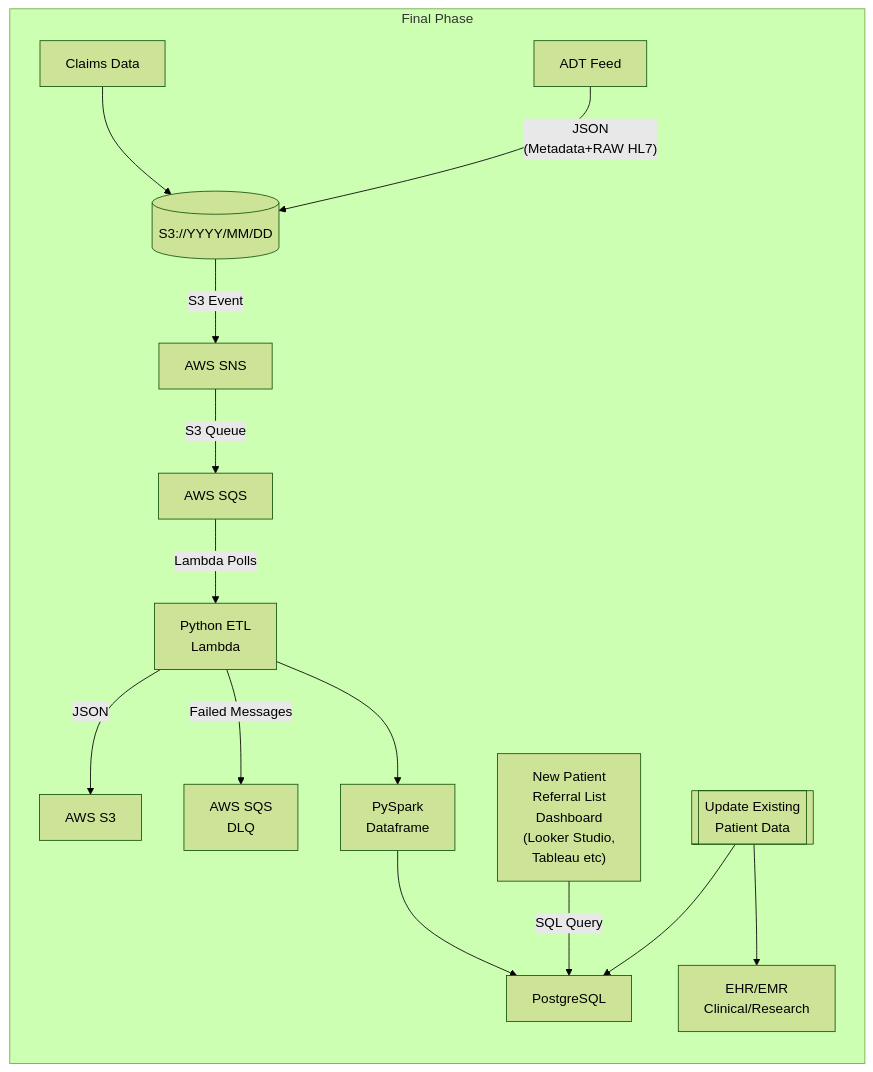
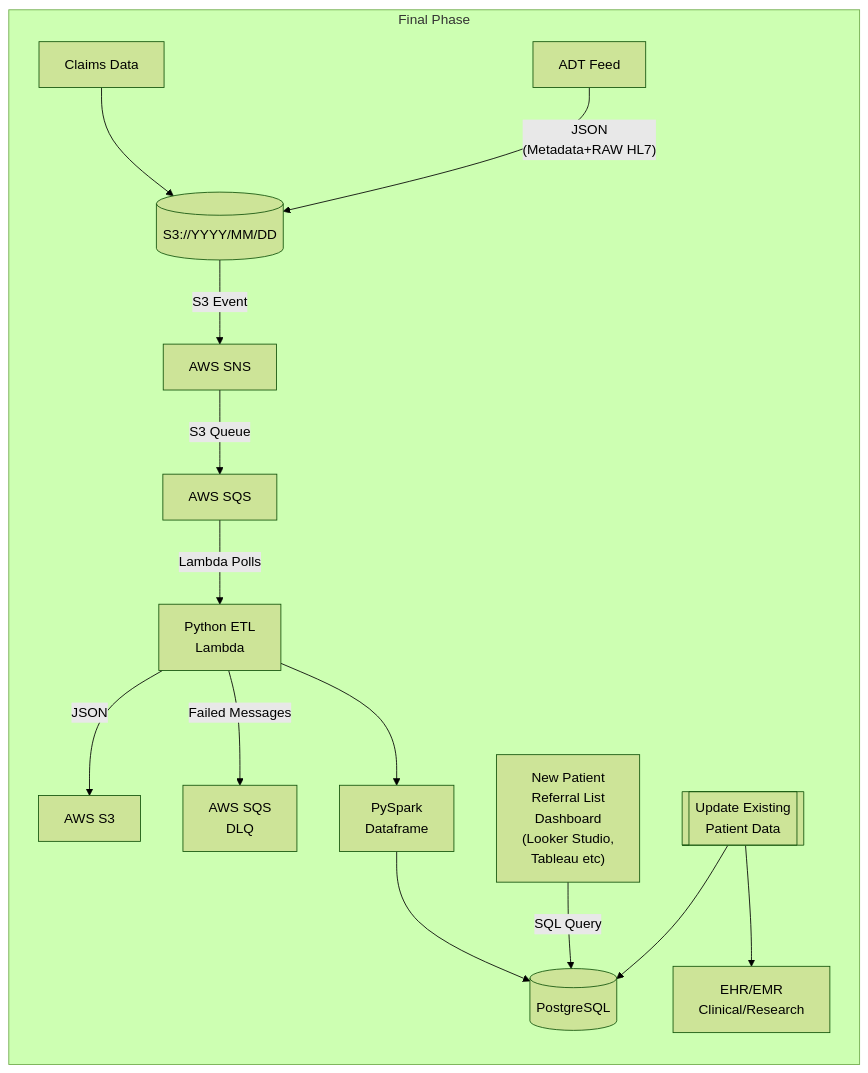
Before and after one commit to ovaisq/DataTooling: the diagram in final-phase.md, drawn with Mermaid (forest theme). The commit also changed 1 other file, not shown here.

Commit message:
cleaned up diagram

````diff
--- a/final-phase.md
+++ b/final-phase.md
@@ -1,27 +1,27 @@
 ```mermaid
 flowchart LR
     subgraph "Final Phase"
-    B["Claims Data"] --> id2
-    A["ADT Feed"] -- "JSON
-    (Metadata+RAW HL7)" --> id2[(S3://YYYY/MM/DD)];
-    id2 -- S3 Event --> sns["AWS SNS"]
-    sns -- S3 Queue --> sqs["AWS SQS"]
-    sqs -- Lambda Polls --> py["Python ETL
-    Lambda"]
-    py -- JSON --> s3["AWS S3"]
-    py -- "Failed Messages" --> dlq["AWS SQS
-    DLQ"]
-    py  --> F["PySpark
-    Dataframe"]
-    F --> G["PostgreSQL"]
-    L["New Patient 
-    Referral List
-    Dashboard
-    (Looker Studio, 
-    Tableau etc)"] -- SQL Query --> G
-    H[["Update Existing
-    Patient Data"]] --> I["EHR/EMR
-    Clinical/Research"]
-    H --> G
+        B["Claims Data"] --> id2
+        A["ADT Feed"] -- "JSON
+        (Metadata+RAW HL7)" --> id2[(S3://YYYY/MM/DD)];
+        id2 -- S3 Event --> sns["AWS SNS"]
+        sns -- S3 Queue --> sqs["AWS SQS"]
+        sqs -- Lambda Polls --> py["Python ETL
+        Lambda"]
+        py -- JSON --> s3["AWS S3"]
+        py -- "Failed Messages" --> dlq["AWS SQS
+        DLQ"]
+        py  --> F["PySpark
+        Dataframe"]
+        F --> G[("PostgreSQL")]
+        L["New Patient 
+        Referral List
+        Dashboard
+        (Looker Studio, 
+        Tableau etc)"] -- SQL Query --> G
+        H[["Update Existing
+        Patient Data"]] --> I["EHR/EMR
+        Clinical/Research"]
+        H --> G
     end
 ```
````
